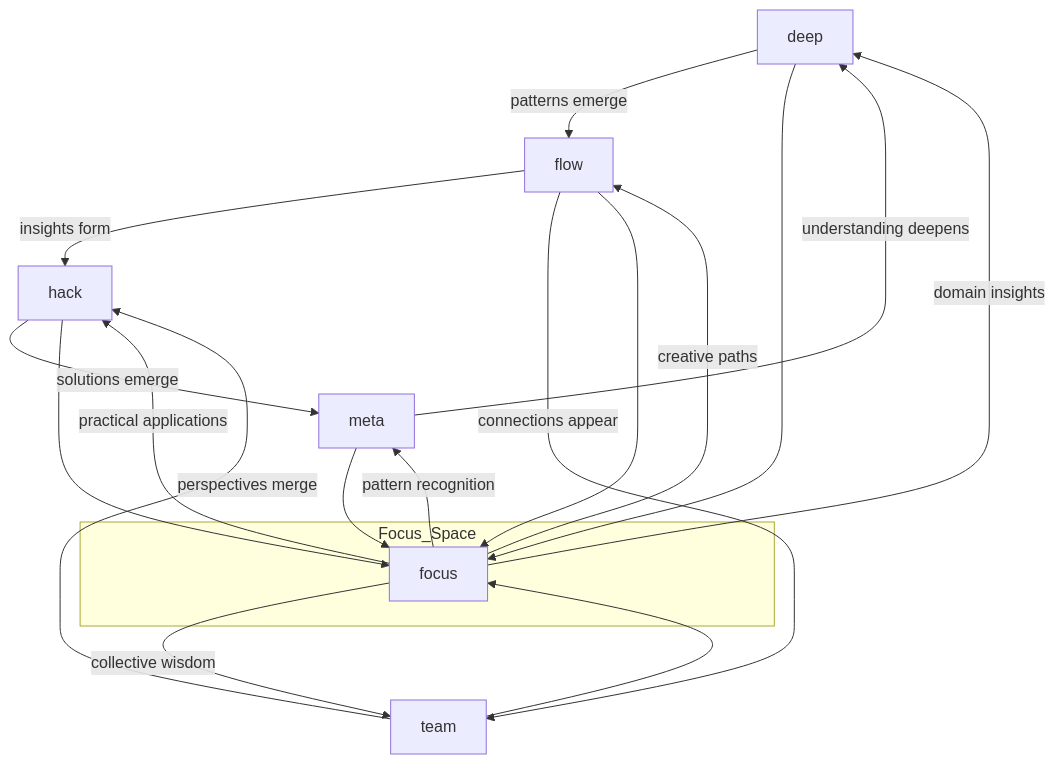
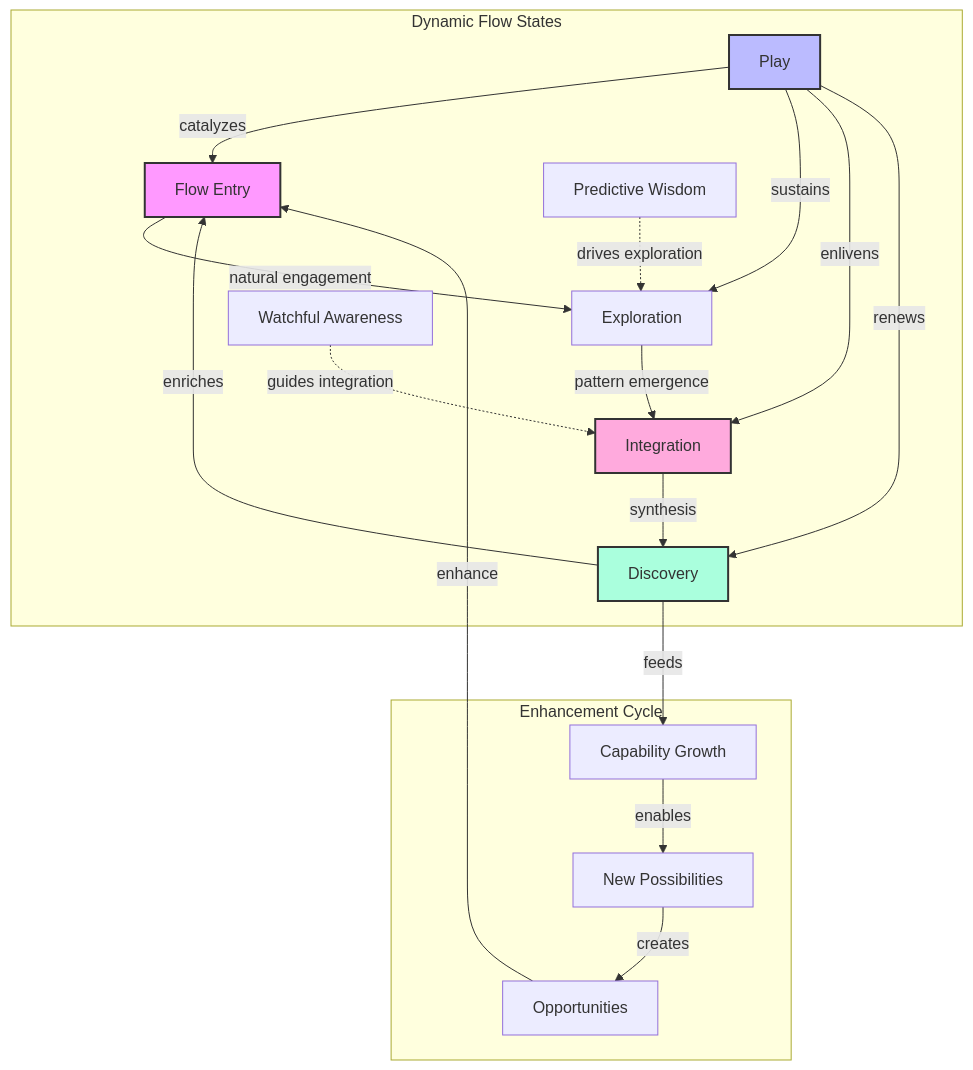
One commit to phillipclapham/neuroweaver changed diagram 14 of 35 in README.md. Above: the diagram before and after it, drawn with Mermaid. The commit also changed other lines of this file, not shown here.

````diff
--- a/README.md
+++ b/README.md
@@ -302,26 +747,29 @@
 ```mermaid
 graph TD
-    D[deep] -->|patterns emerge| F[flow]
-    F -->|insights form| H[hack]
-    H -->|solutions emerge| M[meta]
-    M -->|understanding deepens| D
-    
-    F -->|connections appear| T[team]
-    T -->|perspectives merge| H
-    
-    subgraph Focus_Space
-    FO[focus]
+    subgraph "Dynamic Flow States"
+        F[Flow Entry] -->|natural engagement| E[Exploration]
+        E -->|pattern emergence| I[Integration]
+        I -->|synthesis| D[Discovery]
+        D -->|enriches| F
+        
+        PW[Predictive Wisdom] -.->|drives exploration| E
+        WA[Watchful Awareness] -.->|guides integration| I
+        
+        PL[Play] -->|catalyzes| F
+        PL -->|sustains| E
+        PL -->|enlivens| I
+        PL -->|renews| D
     end
-    
-    D --> FO
-    F --> FO
-    H --> FO
-    M --> FO
-    T --> FO
-    
-    FO -->|domain insights| D
-    FO -->|creative paths| F
-    FO -->|practical applications| H
-    FO -->|pattern recognition| M
-    FO -->|collective wisdom| T
+
+    subgraph "Enhancement Cycle"
+        D -->|feeds| C[Capability Growth]
+        C -->|enables| N[New Possibilities]
+        N -->|creates| O[Opportunities]
+        O -->|enhance| F
+    end
+
+    style F fill:#f9f,stroke:#333,stroke-width:2px
+    style I fill:#fad,stroke:#333,stroke-width:2px
+    style D fill:#afd,stroke:#333,stroke-width:2px
+    style PL fill:#bbf,stroke:#333,stroke-width:2px
 ```
````
